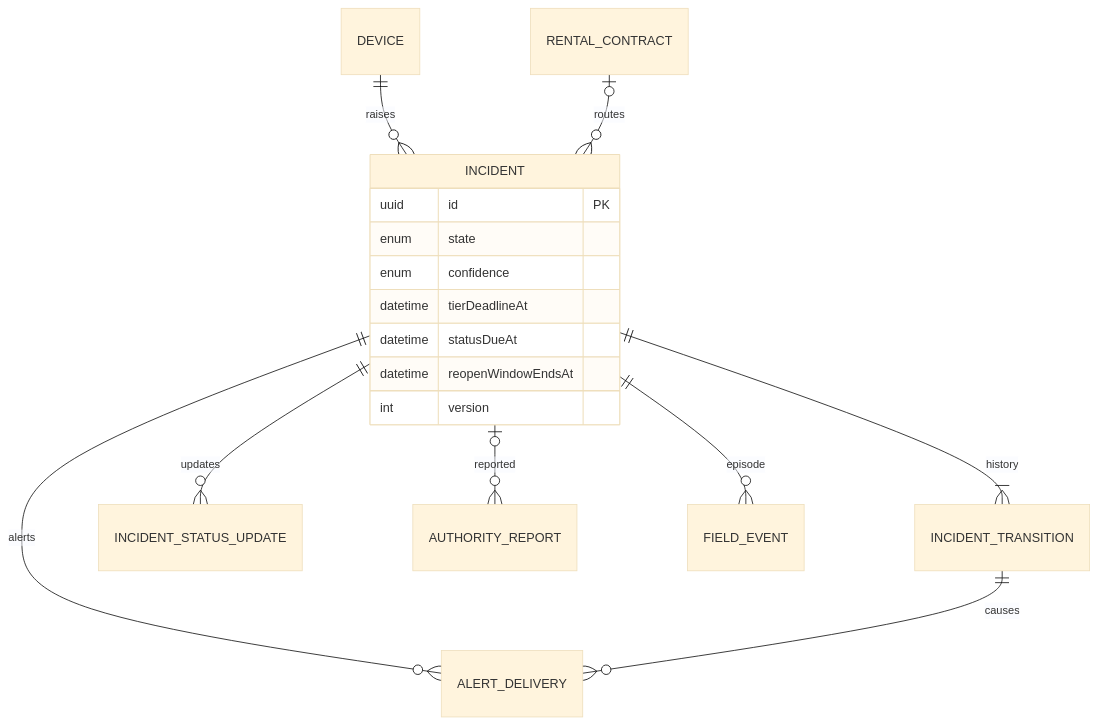
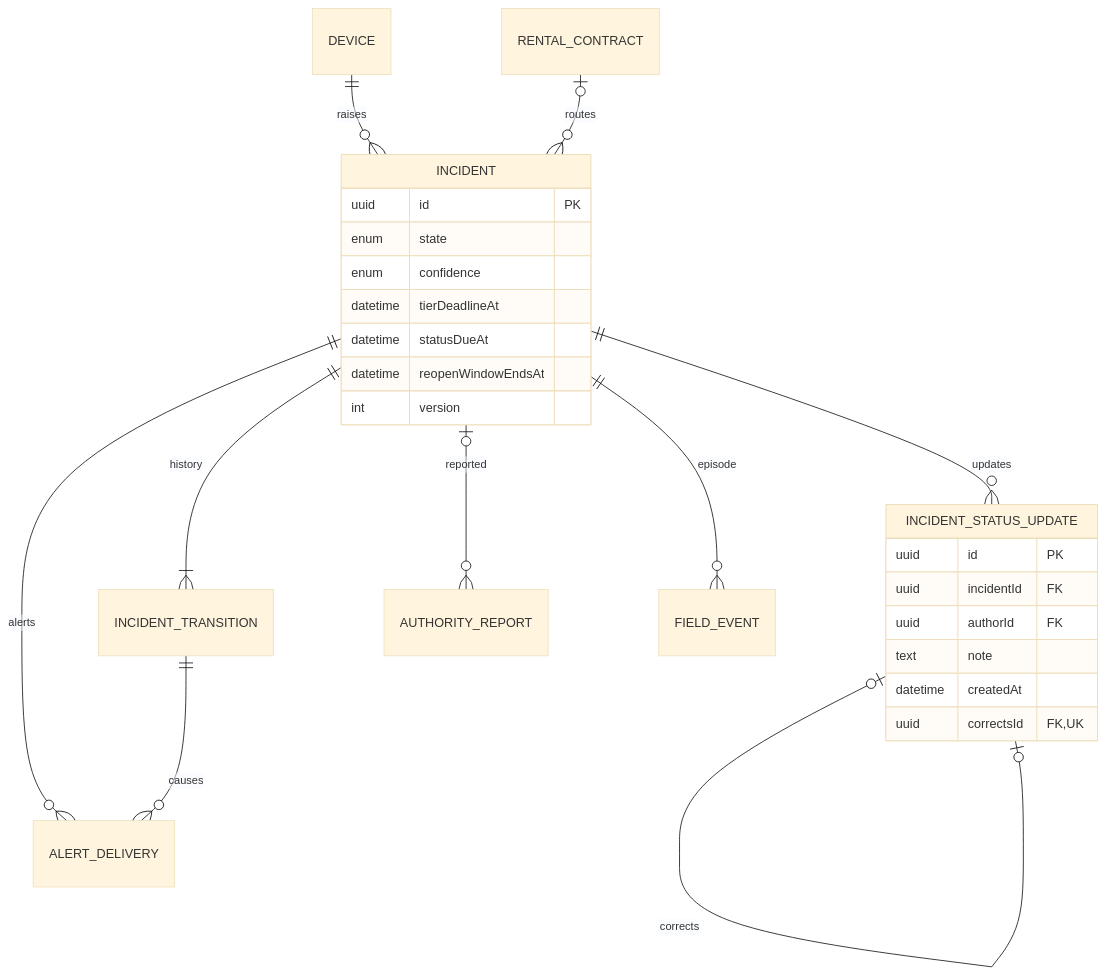
The first of 10 diagrams in specs/incidents/design.md (TrekLink-Team/treklink-web), drawn with Mermaid (base theme) before and after one commit. The commit also changed other lines of this file, not shown here.

First line of the commit message:
docs: show status update corrections in the incidents figures

````diff
--- a/specs/incidents/design.md
+++ b/specs/incidents/design.md
@@ -12,20 +12,29 @@
 ```mermaid
 erDiagram
     DEVICE ||--o{ INCIDENT : "raises"
     RENTAL_CONTRACT |o--o{ INCIDENT : "routes"
     INCIDENT ||--|{ INCIDENT_TRANSITION : "history"
     INCIDENT ||--o{ INCIDENT_STATUS_UPDATE : "updates"
     INCIDENT ||--o{ ALERT_DELIVERY : "alerts"
     INCIDENT_TRANSITION ||--o{ ALERT_DELIVERY : "causes"
     INCIDENT |o--o{ AUTHORITY_REPORT : "reported"
     INCIDENT ||--o{ FIELD_EVENT : "episode"
+    INCIDENT_STATUS_UPDATE |o--o| INCIDENT_STATUS_UPDATE : "corrects"
     INCIDENT {
         uuid id PK
         enum state
         enum confidence
         datetime tierDeadlineAt
         datetime statusDueAt
         datetime reopenWindowEndsAt
         int version
     }
+    INCIDENT_STATUS_UPDATE {
+        uuid id PK
+        uuid incidentId FK
+        uuid authorId FK
+        text note
+        datetime createdAt
+        uuid correctsId FK, UK
+    }
 ```
````
